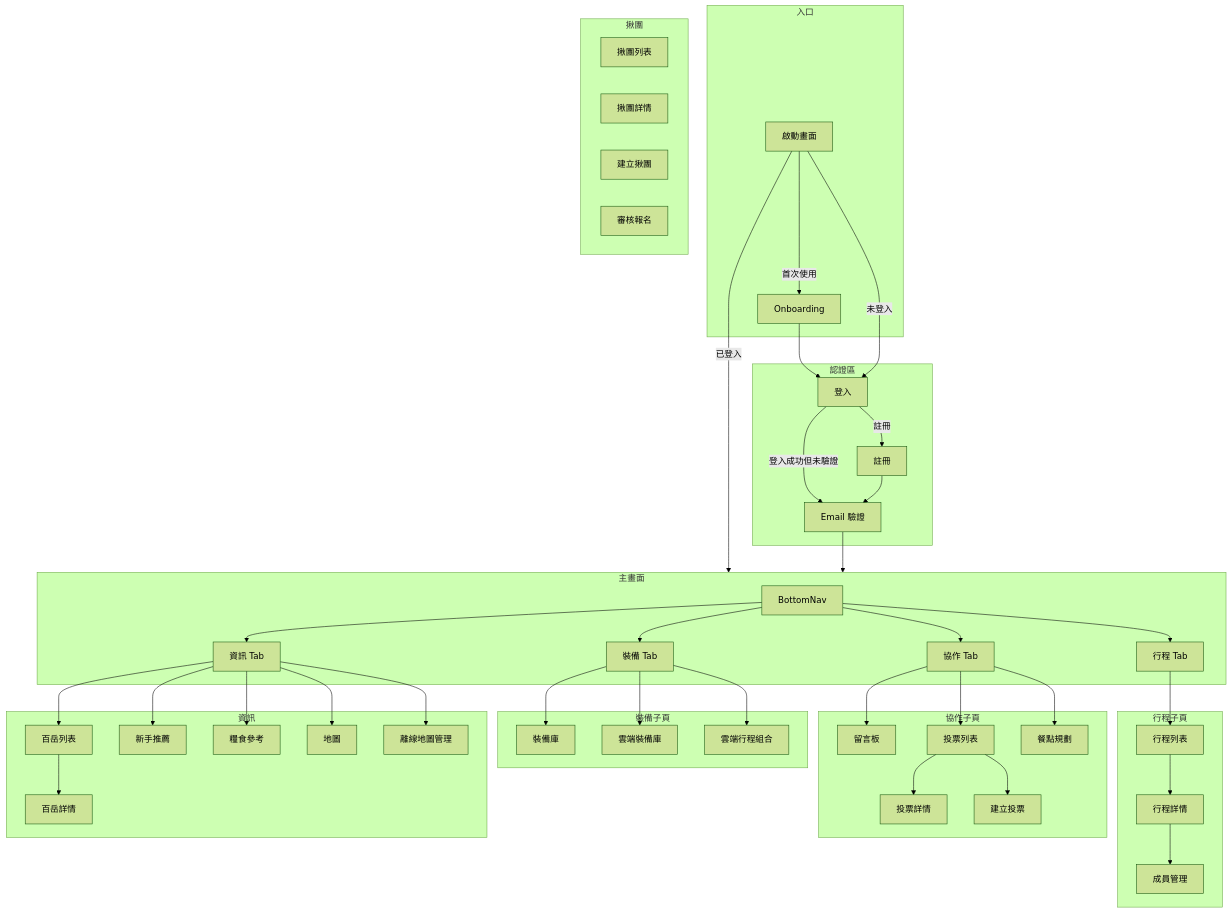
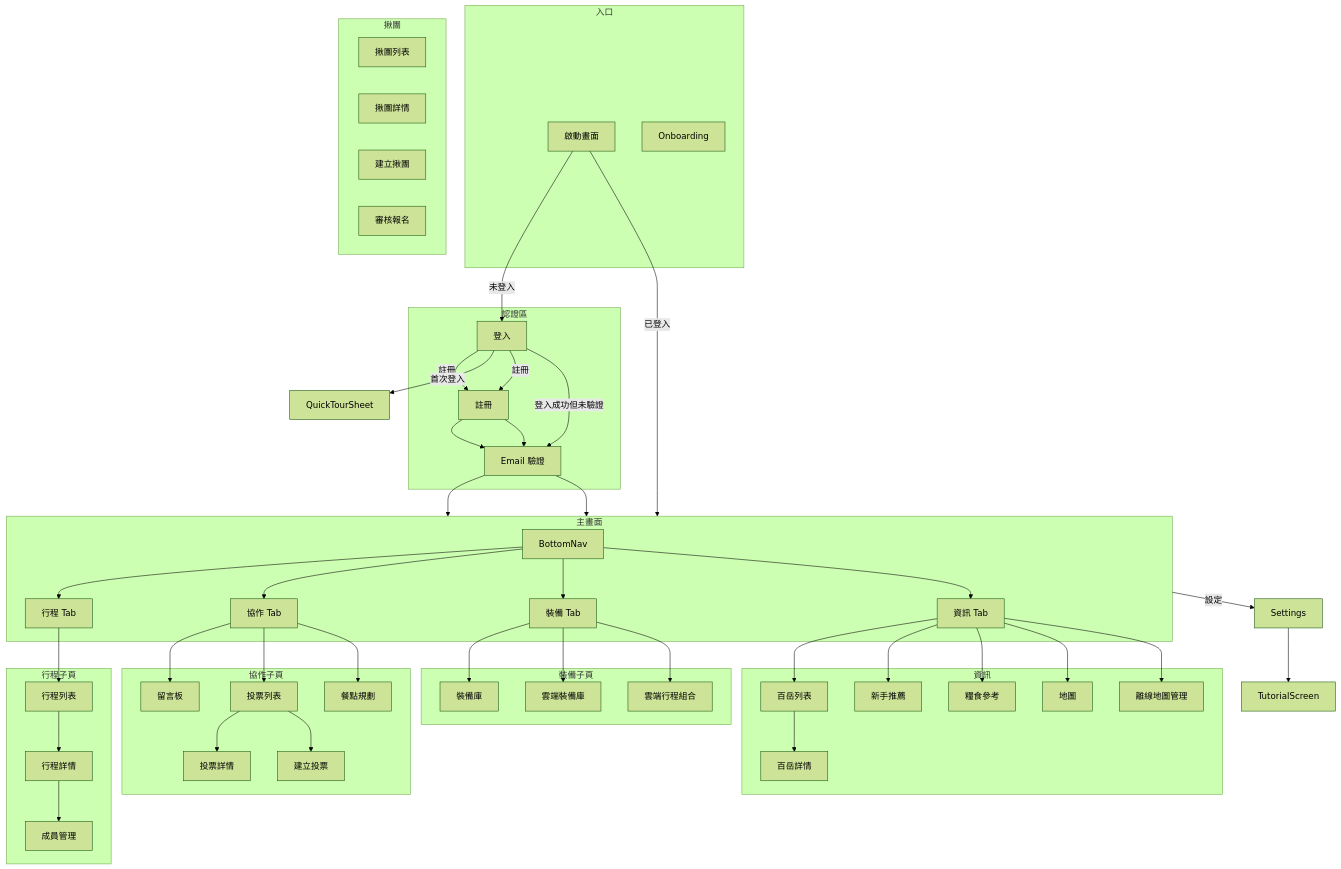
Before and after one commit to dectecx/SummitMate: the first of 2 diagrams in docs/ui/NAVIGATION.md, drawn with Mermaid (forest theme). The commit also changed other lines of this file and 4 other files, not shown here.

Commit message:
docs: update docs with ASCII wireframes and objective architectural descriptions (SCREENS.md, OVERVIEW.md, ROADMAP.md)

````diff
--- a/docs/ui/NAVIGATION.md
+++ b/docs/ui/NAVIGATION.md
@@ -5,75 +5,78 @@
 ```mermaid
 flowchart TB
     subgraph Entry[入口]
         Splash[啟動畫面]
         Onboard[Onboarding]
     end
 
     subgraph Auth[認證區]
         Login[登入]
         Register[註冊]
         Verify[Email 驗證]
     end
 
     subgraph Main[主畫面]
         Nav[BottomNav]
         Trip[行程 Tab]
         Collab[協作 Tab]
         Gear[裝備 Tab]
         Info[資訊 Tab]
     end
 
     subgraph Trip_Sub[行程子頁]
         TripList[行程列表]
         TripDetail[行程詳情]
         Members[成員管理]
     end
 
     subgraph Collab_Sub[協作子頁]
         Messages[留言板]
         Polls[投票列表]
         PollDetail[投票詳情]
         CreatePoll[建立投票]
         MealPlanner[餐點規劃]
     end
 
     subgraph Gear_Sub[裝備子頁]
         GearLibrary[裝備庫]
         GearCloud[雲端裝備庫]
         TripCloud[雲端行程組合]
     end
 
     subgraph Social[揪團]
         GroupList[揪團列表]
         GroupDetail[揪團詳情]
         GroupCreate[建立揪團]
         GroupReview[審核報名]
     end
 
     subgraph Explore[資訊]
         MountainList[百岳列表]
         MountainDetail[百岳詳情]
         BeginnerPeaks[新手推薦]
         FoodRef[糧食參考]
         MapViewer[地圖]
         OfflineMap[離線地圖管理]
     end
 
-    Splash -->|首次使用| Onboard --> Login
     Splash -->|已登入| Main
     Splash -->|未登入| Login
+    Login -->|註冊| Register
+    Login -->|首次登入| QuickTour[QuickTourSheet]
+    Register --> Verify --> Main
+    Main -->|設定| Settings --> Tutorial[TutorialScreen]
     Login -->|註冊| Register
     Login -->|登入成功但未驗證| Verify
     Register --> Verify --> Main
 
     Nav --> Trip & Collab & Gear & Info
 
     Trip --> TripList --> TripDetail --> Members
     Collab --> Messages & Polls & MealPlanner
     Polls --> PollDetail & CreatePoll
 
     Gear --> GearLibrary & GearCloud & TripCloud
 
     Info --> MountainList --> MountainDetail
     Info --> BeginnerPeaks & FoodRef & MapViewer & OfflineMap
 ```
````
